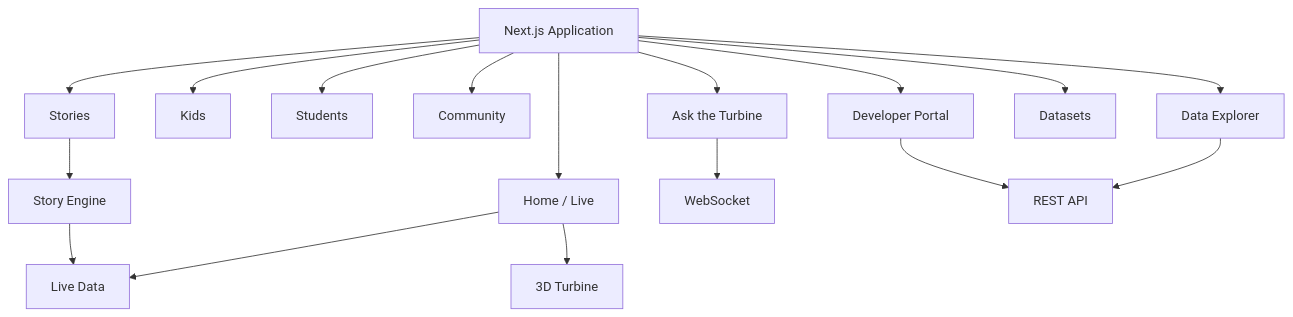
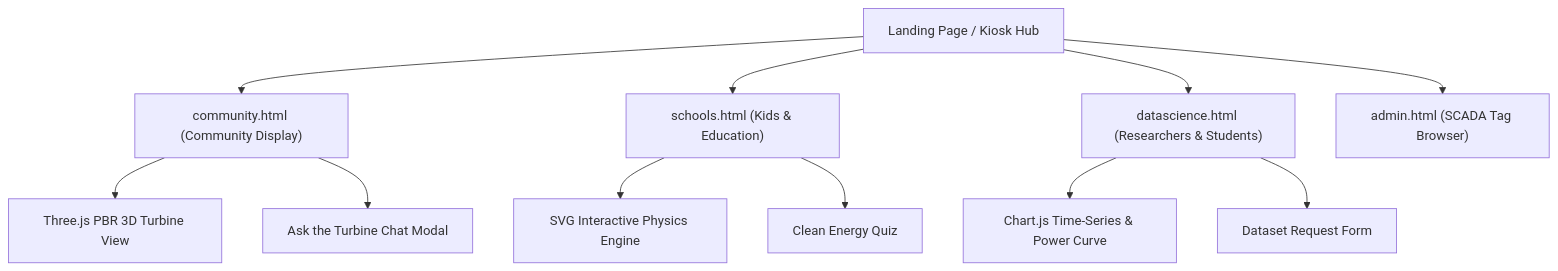
One commit to klardatalabs/ace_wind_display changed the fifth of 8 diagrams in docs/SYSTEM_DESIGN.md. Above: the diagram before and after it, drawn with Mermaid. The commit also changed other lines of this file and 1 other file, not shown here.

First line of the commit message:
docs: streamline SYSTEM_DESIGN.md into production-grade lean architecture

````diff
--- a/docs/SYSTEM_DESIGN.md
+++ b/docs/SYSTEM_DESIGN.md
@@ -810,24 +374,16 @@
-``` mermaid
-flowchart TB
-    APP["Next.js Application"]
+```mermaid
+flowchart TD
+    INDEX["Landing Page / Kiosk Hub"] --> COMM["community.html (Community Display)"]
+    INDEX --> SCH["schools.html (Kids & Education)"]
+    INDEX --> SCI["datascience.html (Researchers & Students)"]
+    INDEX --> ADM["admin.html (SCADA Tag Browser)"]
 
-    APP --> HOME["Home / Live"]
-    APP --> STORIES["Stories"]
-    APP --> KIDS["Kids"]
-    APP --> STUDENTS["Students"]
-    APP --> COMMUNITY["Community"]
-    APP --> CHAT["Ask the Turbine"]
-    APP --> DATA["Data Explorer"]
-    APP --> DEV["Developer Portal"]
-    APP --> DATASETS["Datasets"]
-
-    HOME --> LIVE["Live Data"]
-    HOME --> THREE["3D Turbine"]
-
-    STORIES --> STORY["Story Engine"]
-    STORY --> LIVE
-
-    CHAT --> WS["WebSocket"]
-    DATA --> API["REST API"]
-    DEV --> API
+    COMM --> THREE["Three.js PBR 3D Turbine View"]
+    COMM --> CHAT["Ask the Turbine Chat Modal"]
+    
+    SCH --> SVG["SVG Interactive Physics Engine"]
+    SCH --> QUIZ["Clean Energy Quiz"]
+    
+    SCI --> CHART["Chart.js Time-Series & Power Curve"]
+    SCI --> EXPORT["Dataset Request Form"]
 ```
````
